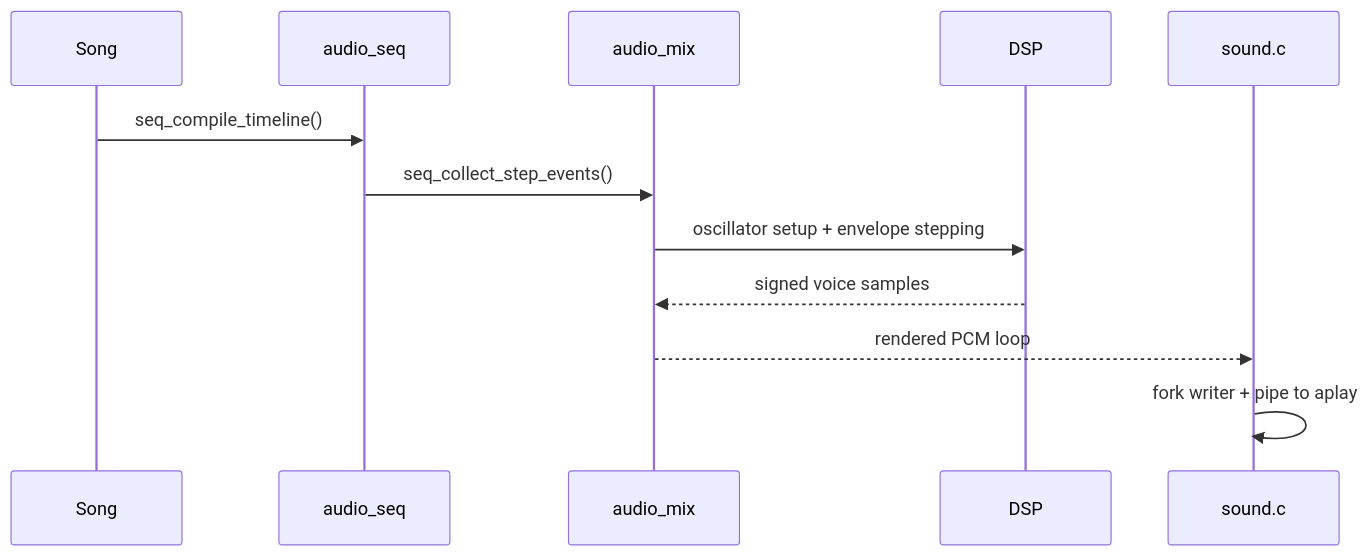
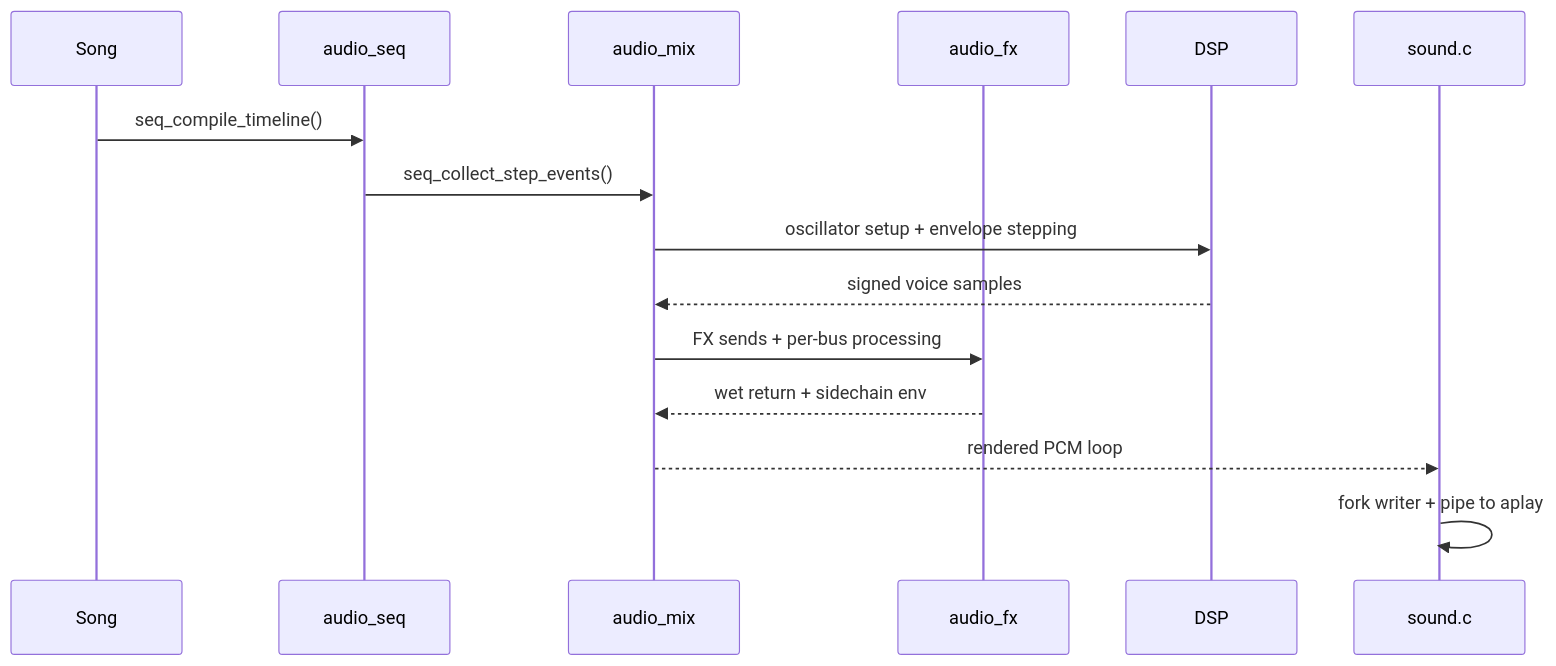
Before and after one commit to chussenot/memdeck: the third of 3 diagrams in docs/audio-architecture.md, drawn with Mermaid. The commit also changed other lines of this file and 13 other files, not shown here.

First line of the commit message:
feat(audio): add deterministic FX bus layer and integrate sequencer path

````diff
--- a/docs/audio-architecture.md
+++ b/docs/audio-architecture.md
@@ -85,14 +89,17 @@
 ```mermaid
 sequenceDiagram
     participant Song
     participant Seq as audio_seq
     participant Mix as audio_mix
+    participant FX as audio_fx
     participant DSP
     participant Backend as sound.c
     Song->>Seq: seq_compile_timeline()
     Seq->>Mix: seq_collect_step_events()
     Mix->>DSP: oscillator setup + envelope stepping
     DSP-->>Mix: signed voice samples
+    Mix->>FX: FX sends + per-bus processing
+    FX-->>Mix: wet return + sidechain env
     Mix-->>Backend: rendered PCM loop
     Backend->>Backend: fork writer + pipe to aplay
 ```
````
